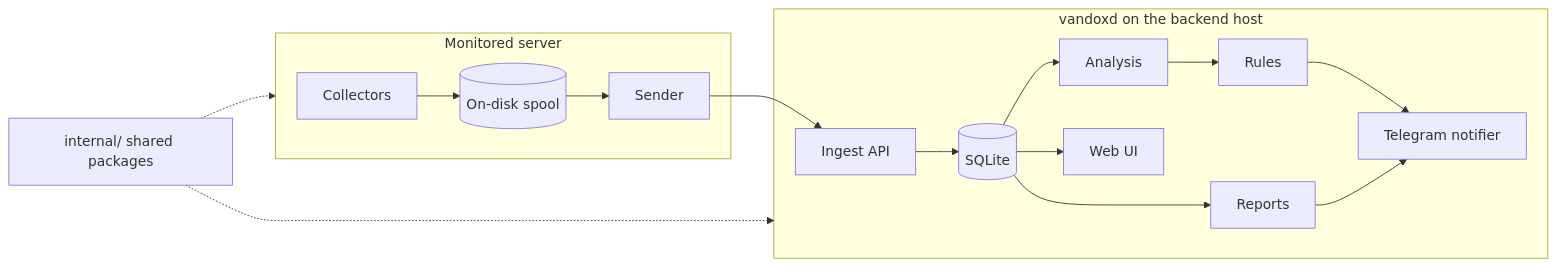
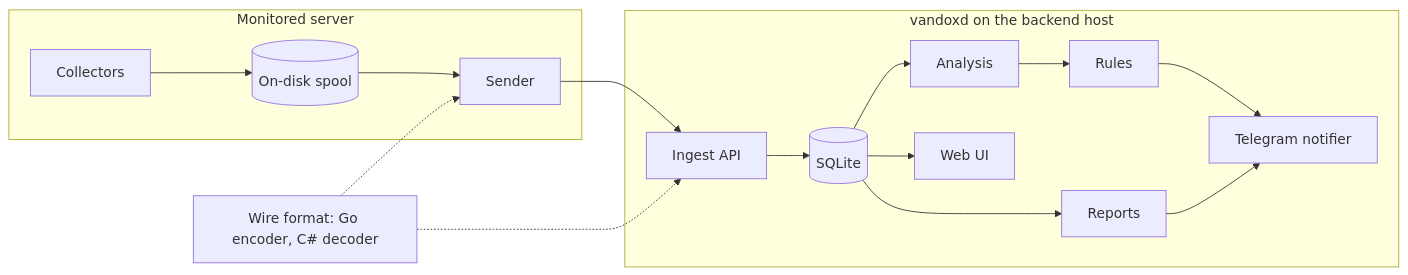
One commit to LarsLaskowski/Vandox changed the first of 3 diagrams in docs/ARCHITECTURE.md. Above: the diagram before and after it, drawn with Mermaid. The commit also changed other lines of this file and 329 other files, not shown here.

````diff
--- a/docs/ARCHITECTURE.md
+++ b/docs/ARCHITECTURE.md
@@ -55,19 +61,19 @@
 ```mermaid
 flowchart LR
     subgraph Server["Monitored server"]
         C[Collectors] --> SP[(On-disk spool)]
         SP --> SN[Sender]
     end
     subgraph NAS["vandoxd on the backend host"]
         IN[Ingest API] --> DB[(SQLite)]
         DB --> AN[Analysis]
         AN --> RU[Rules]
         RU --> TG[Telegram notifier]
         DB --> RP[Reports]
         RP --> TG
         DB --> UI[Web UI]
     end
     SN --> IN
-    INT[internal/ shared packages] -.-> Server
-    INT -.-> NAS
+    WIRE[Wire format: Go encoder, C# decoder] -.-> SN
+    WIRE -.-> IN
 ```
````
